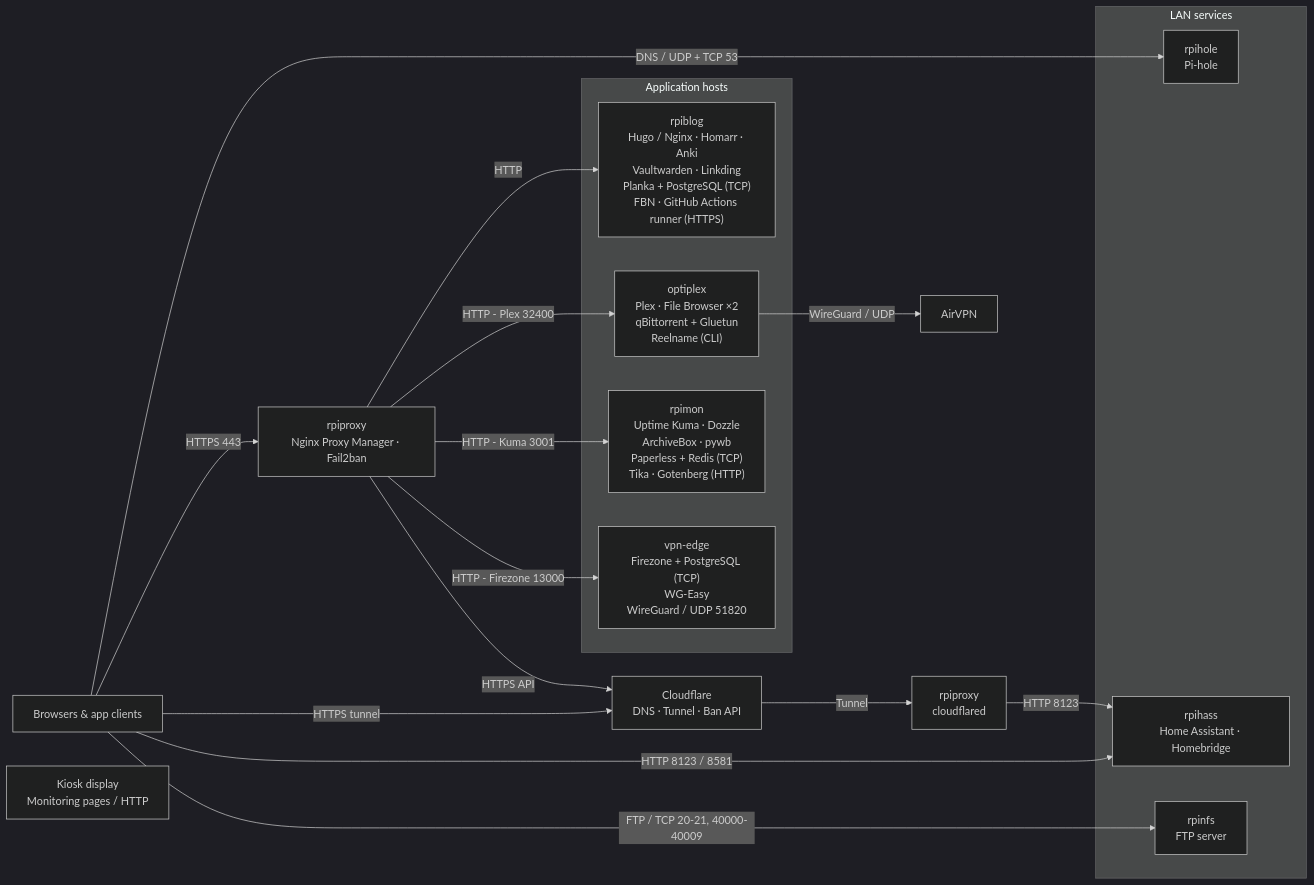
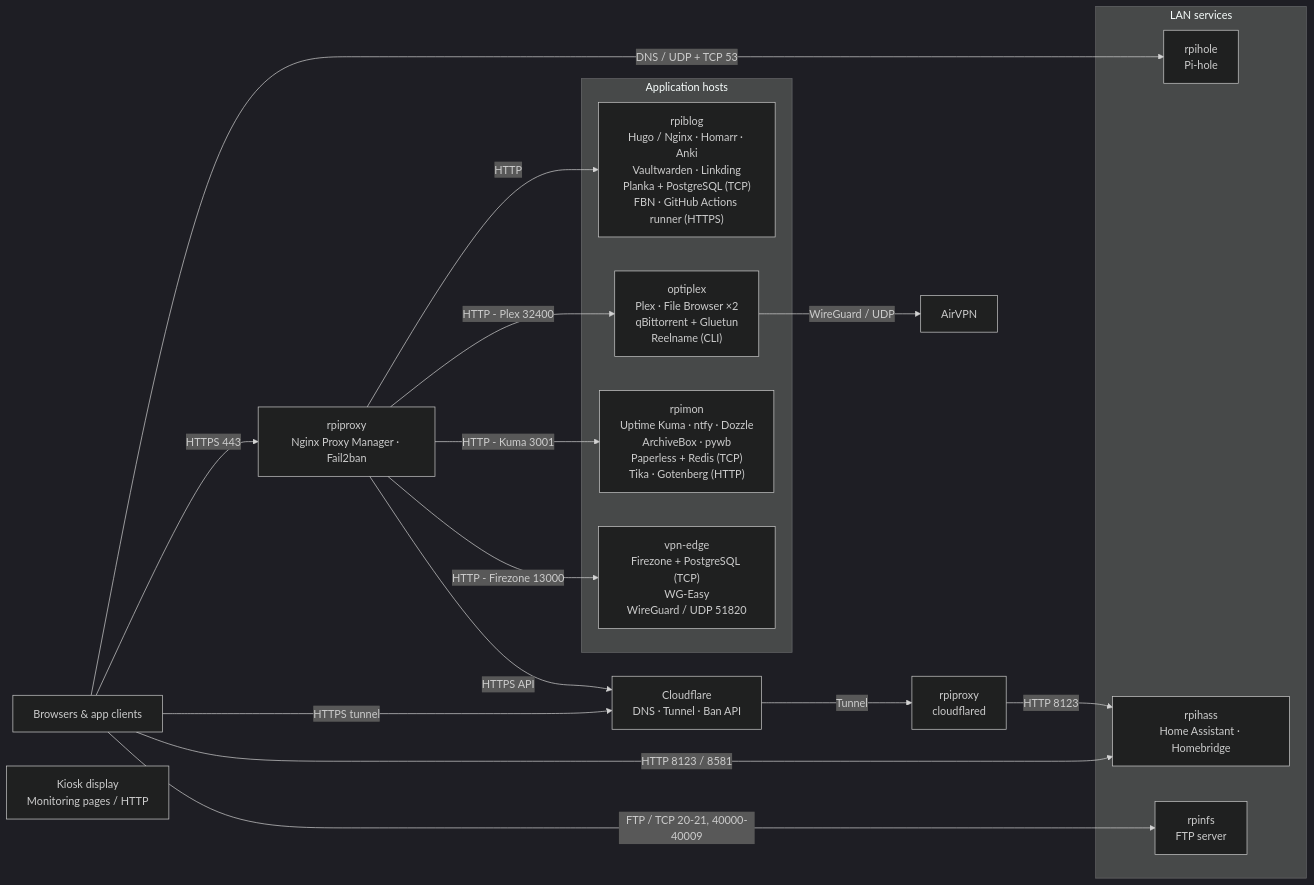
The diagram in README.md (viseshrp/homelab), drawn with Mermaid (dark theme) before and after one commit. The commit also changed other lines of this file and 21 other files, not shown here.

Commit message:
Add self-hosted ntfy notifications for Uptime Kuma

````diff
--- a/README.md
+++ b/README.md
@@ -9,37 +9,37 @@
 ```mermaid
 flowchart LR
     clients["Browsers & app clients"]
     proxy["rpiproxy<br/>Nginx Proxy Manager · Fail2ban"]
 
     subgraph hosts["Application hosts"]
         web["rpiblog<br/>Hugo / Nginx · Homarr · Anki<br/>Vaultwarden · Linkding<br/>Planka + PostgreSQL (TCP)<br/>FBN · GitHub Actions runner (HTTPS)"]
         media["optiplex<br/>Plex · File Browser ×2<br/>qBittorrent + Gluetun<br/>Reelname (CLI)"]
-        monitor["rpimon<br/>Uptime Kuma · Dozzle<br/>ArchiveBox · pywb<br/>Paperless + Redis (TCP)<br/>Tika · Gotenberg (HTTP)"]
+        monitor["rpimon<br/>Uptime Kuma · ntfy · Dozzle<br/>ArchiveBox · pywb<br/>Paperless + Redis (TCP)<br/>Tika · Gotenberg (HTTP)"]
         vpn["vpn-edge<br/>Firezone + PostgreSQL (TCP)<br/>WG-Easy<br/>WireGuard / UDP 51820"]
     end
 
     subgraph lan["LAN services"]
         dns["rpihole<br/>Pi-hole"]
         home["rpihass<br/>Home Assistant · Homebridge"]
         ftp["rpinfs<br/>FTP server"]
     end
 
     cloudflare["Cloudflare<br/>DNS · Tunnel · Ban API"]
     tunnel["rpiproxy<br/>cloudflared"]
     airvpn["AirVPN"]
     tools["Kiosk display<br/>Monitoring pages / HTTP"]
 
     clients -->|"HTTPS 443"| proxy
     proxy -->|"HTTP"| web
     proxy -->|"HTTP - Plex 32400"| media
     proxy -->|"HTTP - Kuma 3001"| monitor
     proxy -->|"HTTP - Firezone 13000"| vpn
     proxy -->|"HTTPS API"| cloudflare
     clients -->|"HTTPS tunnel"| cloudflare
     cloudflare -->|"Tunnel"| tunnel
     tunnel -->|"HTTP 8123"| home
     media -->|"WireGuard / UDP"| airvpn
     clients -->|"DNS / UDP + TCP 53"| dns
     clients -->|"HTTP 8123 / 8581"| home
     clients -->|"FTP / TCP 20-21, 40000-40009"| ftp
 ```
````
